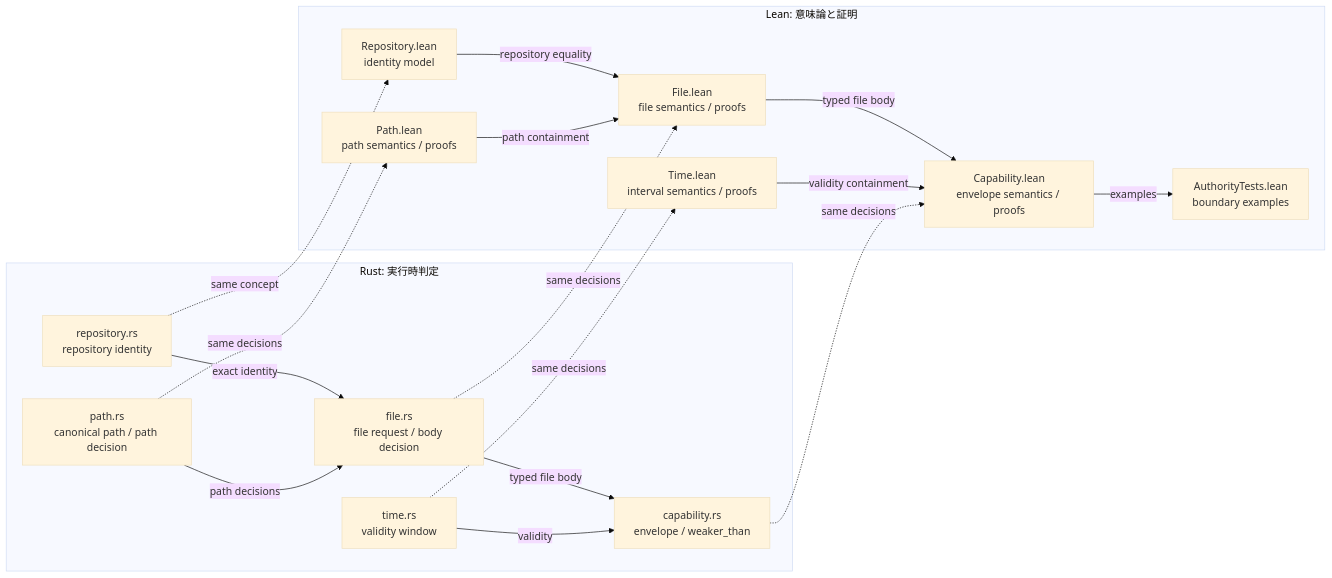
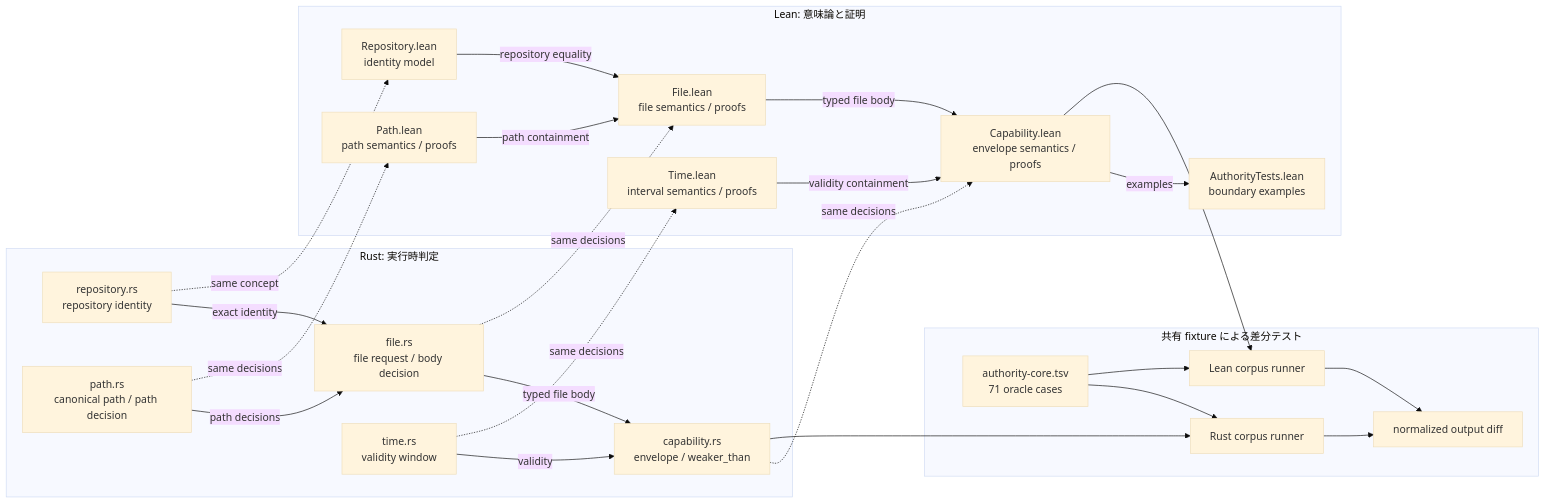
One commit to Aqua-218/SecCamp-AIAgent changed the first of 2 diagrams in docs/authority-core/README.md. Above: the diagram before and after it, drawn with Mermaid (base theme). The commit also changed other lines of this file and 7 other files, not shown here.

Commit message:
docs(authority): explain shared corpus verification

````diff
--- a/docs/authority-core/README.md
+++ b/docs/authority-core/README.md
@@ -28,34 +28,47 @@
 ```mermaid
 flowchart LR
     subgraph rust["Rust: 実行時判定"]
         rustRepo["repository.rs<br/>repository identity"]
         rustPath["path.rs<br/>canonical path / path decision"]
         rustFile["file.rs<br/>file request / body decision"]
         rustTime["time.rs<br/>validity window"]
         rustCap["capability.rs<br/>envelope / weaker_than"]
         rustRepo -->|"exact identity"| rustFile
         rustPath -->|"path decisions"| rustFile
         rustFile -->|"typed file body"| rustCap
         rustTime -->|"validity"| rustCap
     end
 
     subgraph lean["Lean: 意味論と証明"]
         leanRepo["Repository.lean<br/>identity model"]
         leanPath["Path.lean<br/>path semantics / proofs"]
         leanFile["File.lean<br/>file semantics / proofs"]
         leanTime["Time.lean<br/>interval semantics / proofs"]
         leanCap["Capability.lean<br/>envelope semantics / proofs"]
         leanTests["AuthorityTests.lean<br/>boundary examples"]
         leanRepo -->|"repository equality"| leanFile
         leanPath -->|"path containment"| leanFile
         leanFile -->|"typed file body"| leanCap
         leanTime -->|"validity containment"| leanCap
         leanCap -->|"examples"| leanTests
     end
 
+    subgraph differential["共有 fixture による差分テスト"]
+        corpus["authority-core.tsv<br/>71 oracle cases"]
+        rustRunner["Rust corpus runner"]
+        leanRunner["Lean corpus runner"]
+        compare["normalized output diff"]
+        corpus --> rustRunner
+        corpus --> leanRunner
+        rustRunner --> compare
+        leanRunner --> compare
+    end
+
     rustRepo -.->|"same concept"| leanRepo
     rustPath -.->|"same decisions"| leanPath
     rustFile -.->|"same decisions"| leanFile
     rustTime -.->|"same decisions"| leanTime
     rustCap -.->|"same decisions"| leanCap
+    rustCap --> rustRunner
+    leanCap --> leanRunner
 ```
````
